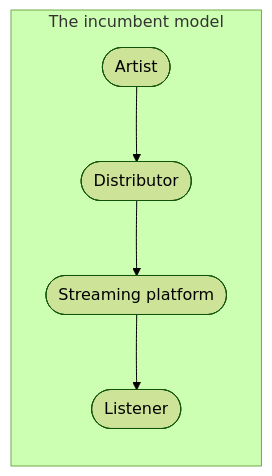
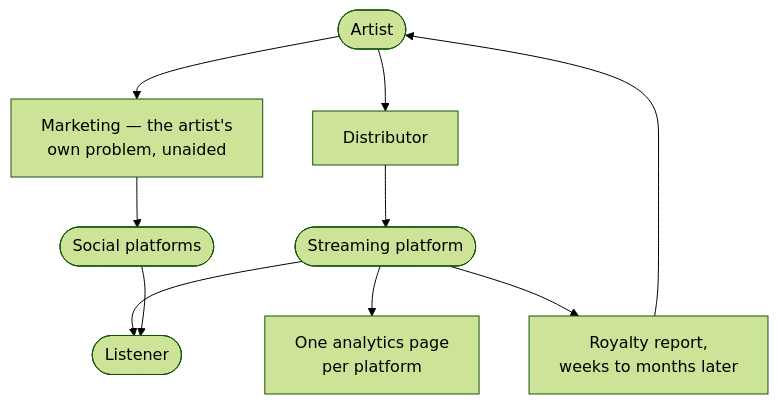
One commit to Lordpluha/bitrate changed the first of 2 diagrams in apps/docs/docs/strategy/vision.md. Above: the diagram before and after it, drawn with Mermaid (forest theme). The commit also changed other lines of this file and 1 other file, not shown here.

````diff
--- a/apps/docs/docs/strategy/vision.md
+++ b/apps/docs/docs/strategy/vision.md
@@ -26,7 +26,16 @@
 ```mermaid
 flowchart TD
-    subgraph incumbent["The incumbent model"]
-        direction TB
-        a1([Artist]) --> d1([Distributor]) --> p1([Streaming platform]) --> l1([Listener])
-    end
+    a1([Artist])
+    d1["Distributor"]
+    p1([Streaming platform])
+    l1([Listener])
+    m1["Marketing — the artist's<br/>own problem, unaided"]
+    s1([Social platforms])
+    an1["One analytics page<br/>per platform"]
+    r1["Royalty report,<br/>weeks to months later"]
+
+    a1 --> d1 --> p1 --> l1
+    a1 --> m1 --> s1 --> l1
+    p1 --> an1
+    p1 --> r1 --> a1
 ```
````
